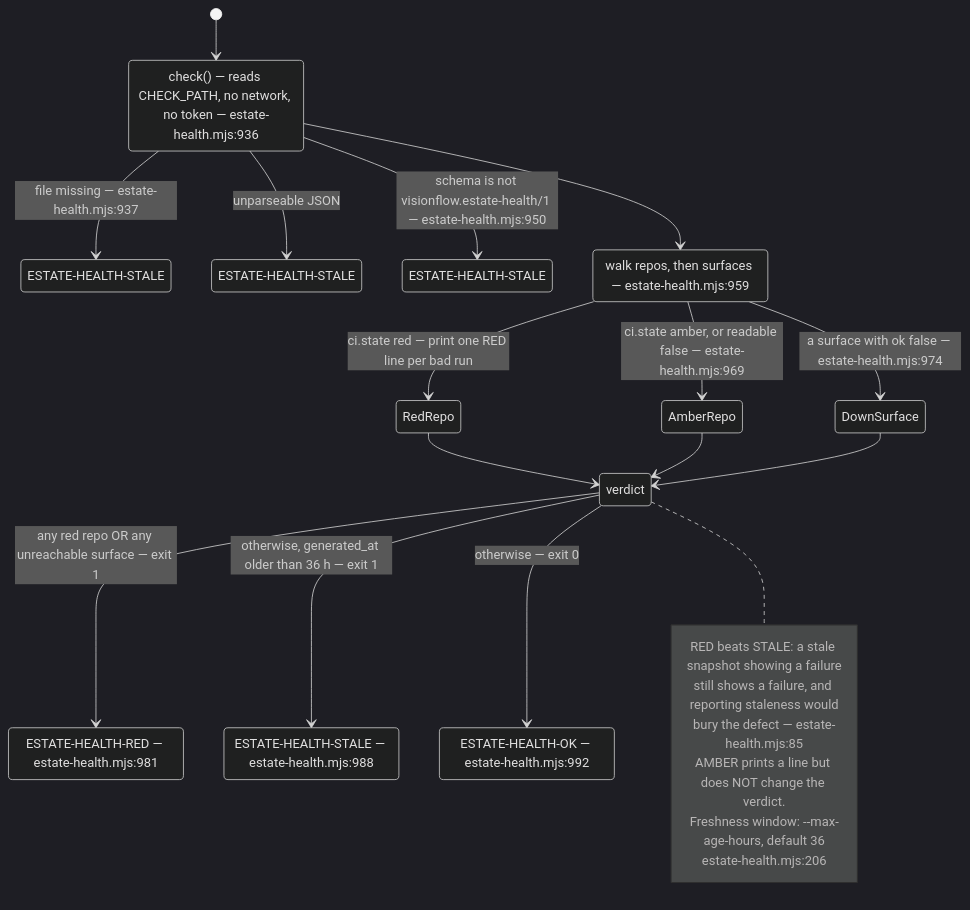
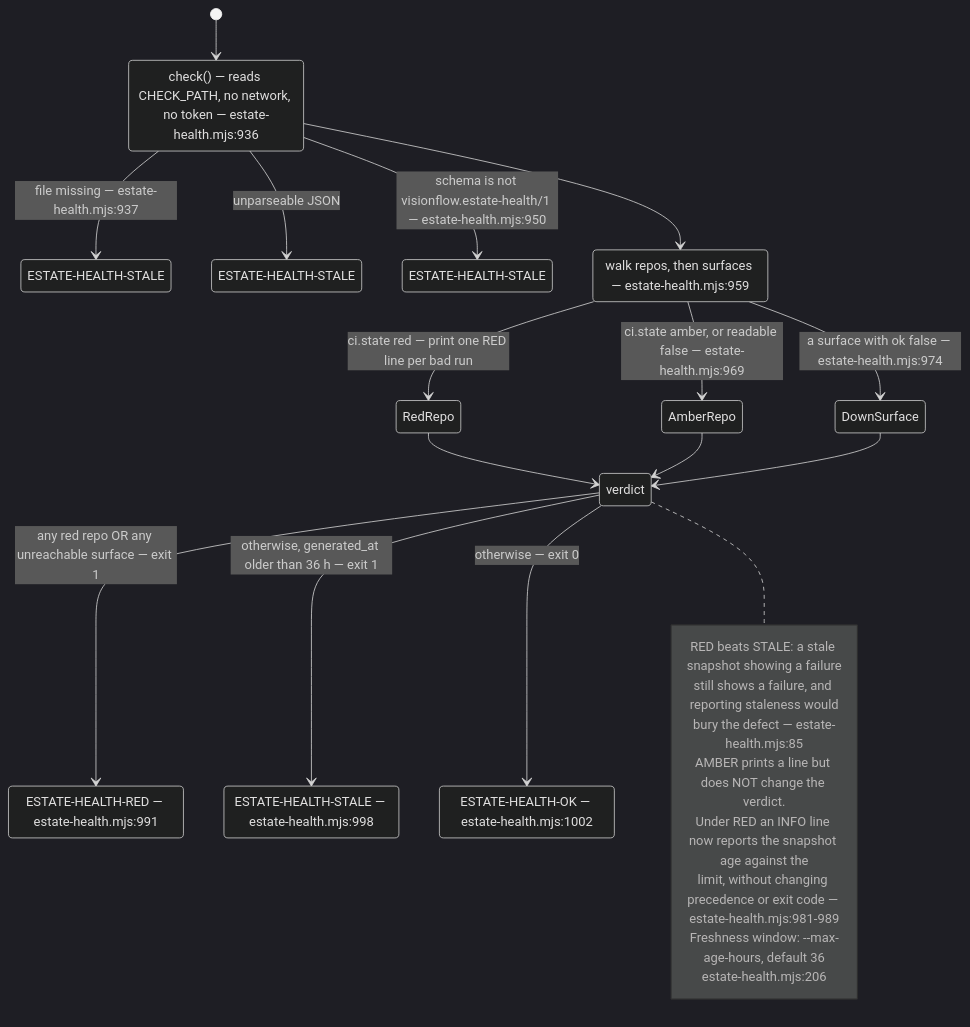
One commit to DreamLab-AI/VisionFlow changed the sixth of 9 diagrams in docs/diagrams/visionflow/03-estate-health.md. Above: the diagram before and after it, drawn with Mermaid (dark theme). The commit also changed other lines of this file and 80 other files, not shown here.

First line of the commit message:
docs(diagrams): re-verify the agentbox, dreamlab, estate and visionflow corpus against current sources

````diff
--- a/docs/diagrams/visionflow/03-estate-health.md
+++ b/docs/diagrams/visionflow/03-estate-health.md
@@ -188,35 +188,37 @@
 ```mermaid
 stateDiagram-v2
     direction TB
     [*] --> Load
     state "check() — reads CHECK_PATH, no network, no token — estate-health.mjs:936" as Load
     Load --> Stale1 : file missing — estate-health.mjs:937
     Load --> Stale2 : unparseable JSON
     Load --> Stale3 : schema is not visionflow.estate-health/1 — estate-health.mjs:950
     Load --> Scan
     state "walk repos, then surfaces — estate-health.mjs:959" as Scan
     Scan --> RedRepo : ci.state red — print one RED line per bad run
     Scan --> AmberRepo : ci.state amber, or readable false — estate-health.mjs:969
     Scan --> DownSurface : a surface with ok false — estate-health.mjs:974
     RedRepo --> Verdict
     AmberRepo --> Verdict
     DownSurface --> Verdict
     state "verdict" as Verdict
     Verdict --> RED : any red repo OR any unreachable surface — exit 1
     Verdict --> STALE : otherwise, generated_at older than 36 h — exit 1
     Verdict --> OK : otherwise — exit 0
-    state "ESTATE-HEALTH-RED — estate-health.mjs:981" as RED
-    state "ESTATE-HEALTH-STALE — estate-health.mjs:988" as STALE
-    state "ESTATE-HEALTH-OK — estate-health.mjs:992" as OK
+    state "ESTATE-HEALTH-RED — estate-health.mjs:991" as RED
+    state "ESTATE-HEALTH-STALE — estate-health.mjs:998" as STALE
+    state "ESTATE-HEALTH-OK — estate-health.mjs:1002" as OK
     state "ESTATE-HEALTH-STALE" as Stale1
     state "ESTATE-HEALTH-STALE" as Stale2
     state "ESTATE-HEALTH-STALE" as Stale3
     note right of Verdict
       RED beats STALE: a stale snapshot showing a failure
       still shows a failure, and reporting staleness would
       bury the defect — estate-health.mjs:85
       AMBER prints a line but does NOT change the verdict.
+      Under RED an INFO line now reports the snapshot age against the
+      limit, without changing precedence or exit code — estate-health.mjs:981-989
       Freshness window: --max-age-hours, default 36
       estate-health.mjs:206
     end note
 ```
````
